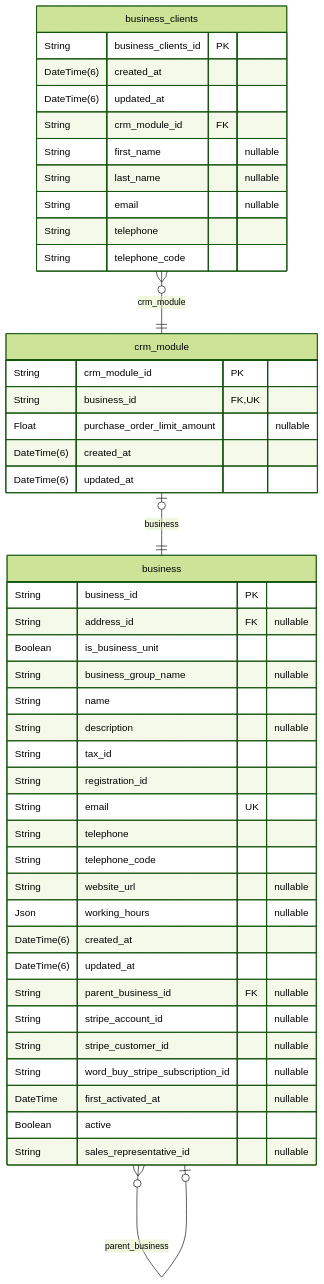
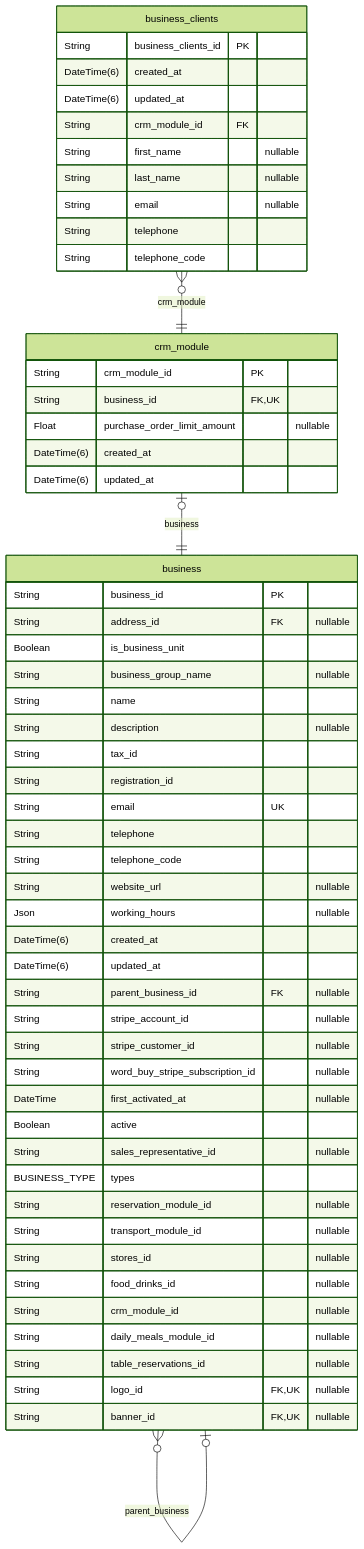
One commit to pbozic/be-analyisis changed diagram 21 of 40 in prisma/schemas/ERD.md. Above: the diagram before and after it, drawn with Mermaid (forest theme). The commit also changed other lines of this file and 21 other files, not shown here.

````diff
--- a/prisma/schemas/ERD.md
+++ b/prisma/schemas/ERD.md
@@ -3564,48 +3613,58 @@
 ```mermaid
 erDiagram
 "crm_module" {
   String crm_module_id PK
   String business_id FK,UK
   Float purchase_order_limit_amount "nullable"
   DateTime(6) created_at
   DateTime(6) updated_at
 }
 "business_clients" {
   String business_clients_id PK
   DateTime(6) created_at
   DateTime(6) updated_at
   String crm_module_id FK
   String first_name "nullable"
   String last_name "nullable"
   String email "nullable"
   String telephone
   String telephone_code
 }
 "business" {
   String business_id PK
   String address_id FK "nullable"
   Boolean is_business_unit
   String business_group_name "nullable"
   String name
   String description "nullable"
   String tax_id
   String registration_id
   String email UK
   String telephone
   String telephone_code
   String website_url "nullable"
   Json working_hours "nullable"
   DateTime(6) created_at
   DateTime(6) updated_at
   String parent_business_id FK "nullable"
   String stripe_account_id "nullable"
   String stripe_customer_id "nullable"
   String word_buy_stripe_subscription_id "nullable"
   DateTime first_activated_at "nullable"
   Boolean active
   String sales_representative_id "nullable"
+  BUSINESS_TYPE types
+  String reservation_module_id "nullable"
+  String transport_module_id "nullable"
+  String stores_id "nullable"
+  String food_drinks_id "nullable"
+  String crm_module_id "nullable"
+  String daily_meals_module_id "nullable"
+  String table_reservations_id "nullable"
+  String logo_id FK,UK "nullable"
+  String banner_id FK,UK "nullable"
 }
 "crm_module" |o--|| "business" : business
 "business_clients" }o--|| "crm_module" : crm_module
 "business" }o--o| "business" : parent_business
 ```
````
